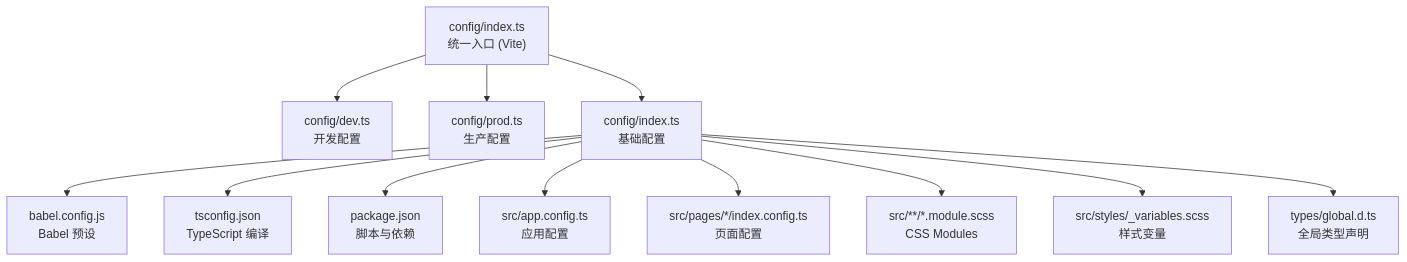
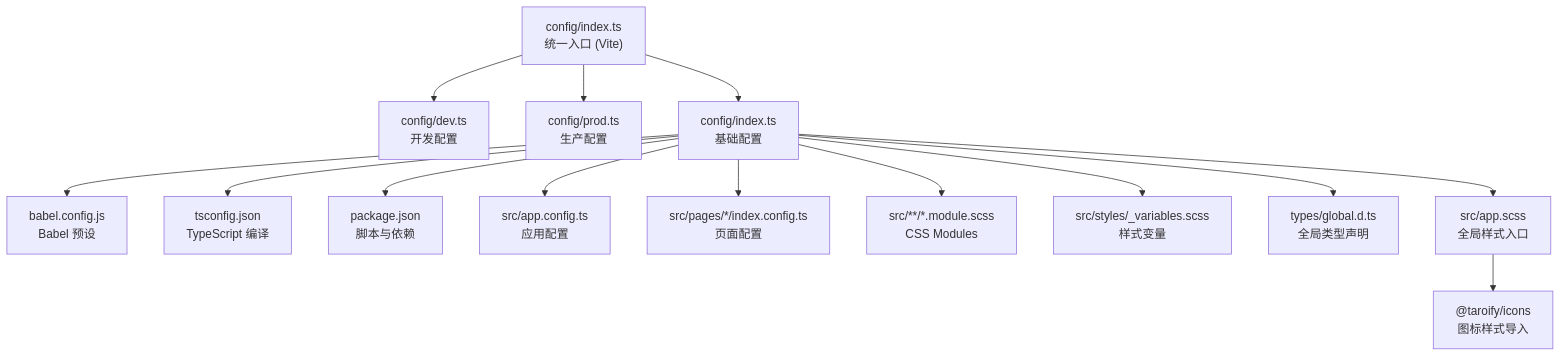
The first of 3 diagrams in .qoder/repowiki/zh/content/构建与部署/构建配置.md (zuolinbao/redbook), drawn with Mermaid before and after one commit. The commit also changed other lines of this file and 10 other files, not shown here.

````diff
--- a/.qoder/repowiki/zh/content/构建与部署/构建配置.md
+++ b/.qoder/repowiki/zh/content/构建与部署/构建配置.md
@@ -55,14 +57,16 @@
 ```mermaid
 graph TB
 A["config/index.ts<br/>统一入口 (Vite)"] --> B["config/dev.ts<br/>开发配置"]
 A --> C["config/prod.ts<br/>生产配置"]
 A --> D["config/index.ts<br/>基础配置"]
 D --> E["babel.config.js<br/>Babel 预设"]
 D --> F["tsconfig.json<br/>TypeScript 编译"]
 D --> G["package.json<br/>脚本与依赖"]
 D --> H["src/app.config.ts<br/>应用配置"]
 D --> I["src/pages/*/index.config.ts<br/>页面配置"]
 D --> J["src/**/*.module.scss<br/>CSS Modules"]
 D --> K["src/styles/_variables.scss<br/>样式变量"]
 D --> L["types/global.d.ts<br/>全局类型声明"]
+D --> M["src/app.scss<br/>全局样式入口"]
+M --> N["@taroify/icons<br/>图标样式导入"]
 ```
````
